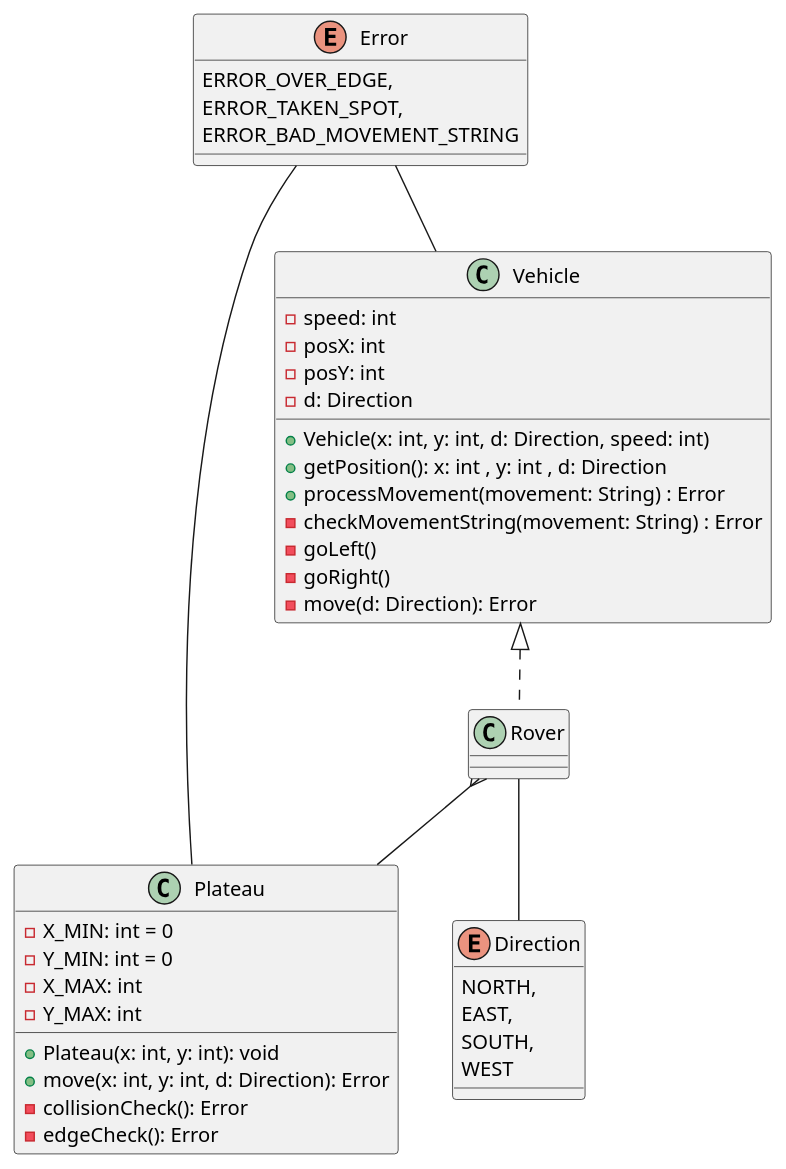
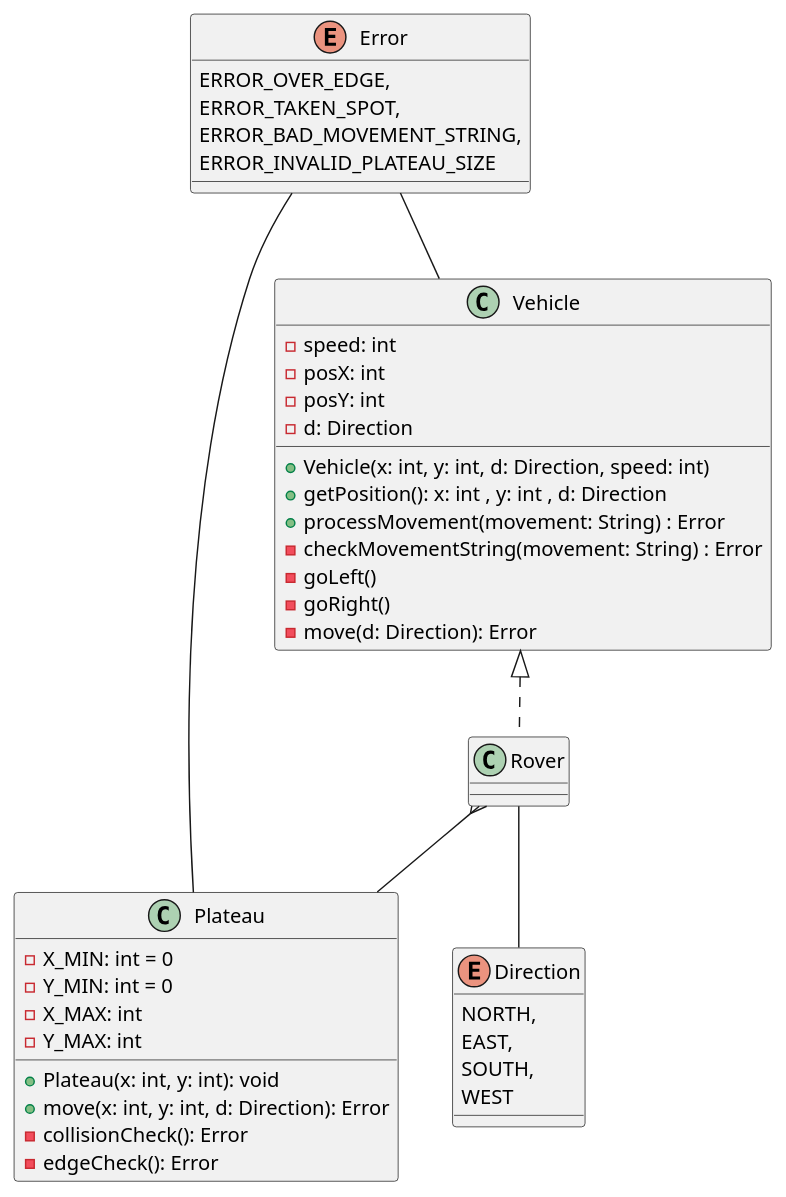
One commit to abinormal/mars-rover-kata changed the diagram in mars-rover.puml. Above: the diagram before and after it, drawn with PlantUML. The commit also changed 3 other files, not shown here.

Commit message:
Plateau constructor now returns an Error if passed a zero or minus value for the size.

```diff
--- a/mars-rover.puml
+++ b/mars-rover.puml
@@ -1,54 +1,55 @@
 @startuml
 'https://plantuml.com/class-diagram
 
 Rover }-- Plateau
 Rover -- Direction
 
 Error -- Plateau
 Error -- Vehicle
 
 class Plateau {
 - X_MIN: int = 0
 - Y_MIN: int = 0
 - X_MAX: int
 - Y_MAX: int
 
 + Plateau(x: int, y: int): void
 + move(x: int, y: int, d: Direction): Error
 - collisionCheck(): Error
 - edgeCheck(): Error
 }
 
 class Vehicle {
     - speed: int
     - posX: int
     - posY: int
     - d: Direction
 
     + Vehicle(x: int, y: int, d: Direction, speed: int)
     + getPosition(): x: int , y: int , d: Direction
     + processMovement(movement: String) : Error
     - checkMovementString(movement: String) : Error
     - goLeft()
     - goRight()
     - move(d: Direction): Error
 }
 
 class Rover implements Vehicle {
 }
 
 
 enum Error {
     ERROR_OVER_EDGE,
     ERROR_TAKEN_SPOT,
-    ERROR_BAD_MOVEMENT_STRING
+    ERROR_BAD_MOVEMENT_STRING,
+    ERROR_INVALID_PLATEAU_SIZE
 }
 
 enum Direction {
 NORTH,
 EAST,
 SOUTH,
 WEST
 }
 
 @enduml
```
